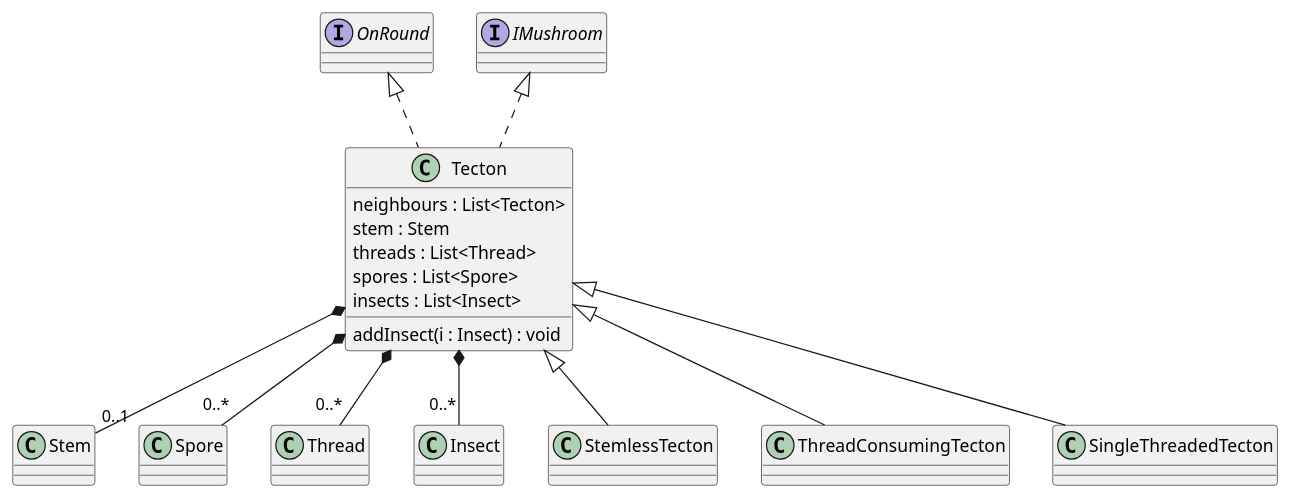
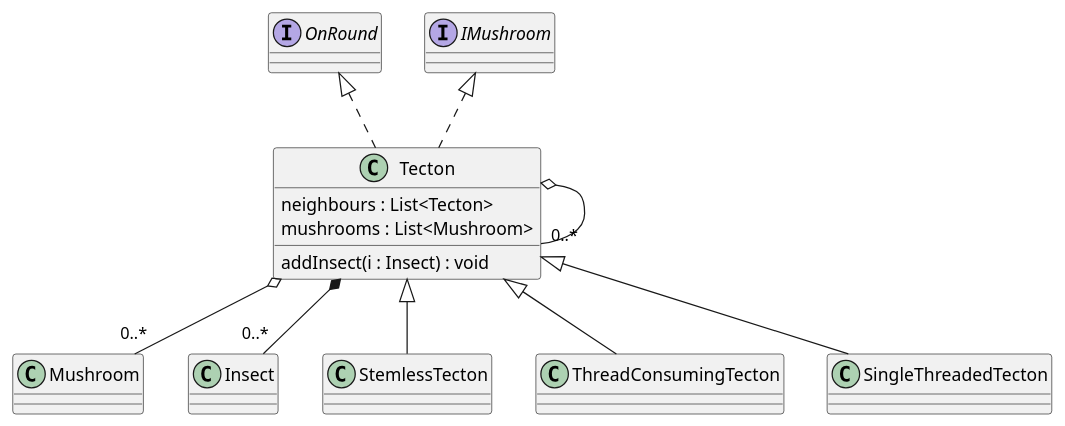
The diagram in 4/classes/tecton.puml (Petya-G/fungorium), drawn with PlantUML before and after one commit. The commit also changed 10 other files, not shown here.

```diff
--- a/4/classes/tecton.puml
+++ b/4/classes/tecton.puml
@@ -1,19 +1,15 @@
 @startuml tecton
 
-Tecton *-- "0..1" Stem
-Tecton *-- "0..*" Spore
-Tecton *-- "0..*" Thread
+Tecton o-- "0..*" Mushroom
 Tecton *-- "0..*" Insect
+Tecton o-- "0..*" Tecton
 class Tecton implements OnRound, IMushroom{
     neighbours : List<Tecton>
-    stem : Stem
-    threads : List<Thread>
-    spores : List<Spore>
-    insects : List<Insect>
+    mushrooms : List<Mushroom>
     addInsect(i : Insect) : void
 }
 
 class StemlessTecton extends Tecton {}
 class ThreadConsumingTecton extends Tecton {}
 class SingleThreadedTecton extends Tecton {}
 @enduml
```
